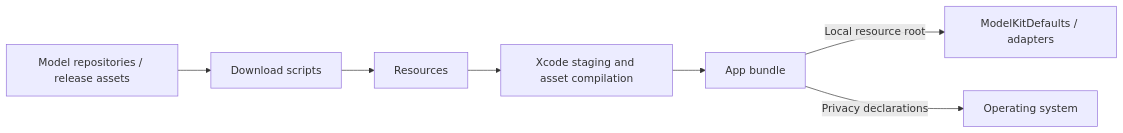
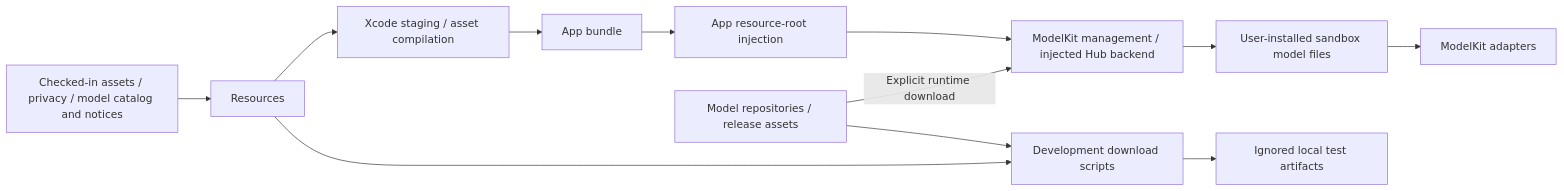
Before and after one commit to devilyouwei/MobileHarness: the first of 2 diagrams in MobileHarness/Resources/README.md, drawn with Mermaid. The commit also changed other lines of this file and 238 other files, not shown here.

````diff
--- a/MobileHarness/Resources/README.md
+++ b/MobileHarness/Resources/README.md
@@ -24,9 +11,14 @@
 ```mermaid
 flowchart LR
-    Upstream[Model repositories / release assets] --> Scripts[Download scripts]
-    Scripts --> Resources
-    Resources --> Build[Xcode staging and asset compilation]
-    Build --> App[App bundle]
-    App -->|Local resource root| Models[ModelKitDefaults / adapters]
-    App -->|Privacy declarations| OS[Operating system]
+    Source[Checked-in assets / privacy / model catalog and notices] --> Resources
+    Resources --> Build[Xcode staging / asset compilation]
+    Build --> Bundle[App bundle]
+    Bundle --> App[App resource-root injection]
+    App --> Management[ModelKit management / injected Hub backend]
+    Repositories[Model repositories / release assets] -->|Explicit runtime download| Management
+    Management --> Sandbox[User-installed sandbox model files]
+    Sandbox --> Adapters[ModelKit adapters]
+    Resources --> Scripts[Development download scripts]
+    Repositories --> Scripts
+    Scripts --> Local[Ignored local test artifacts]
 ```
````
